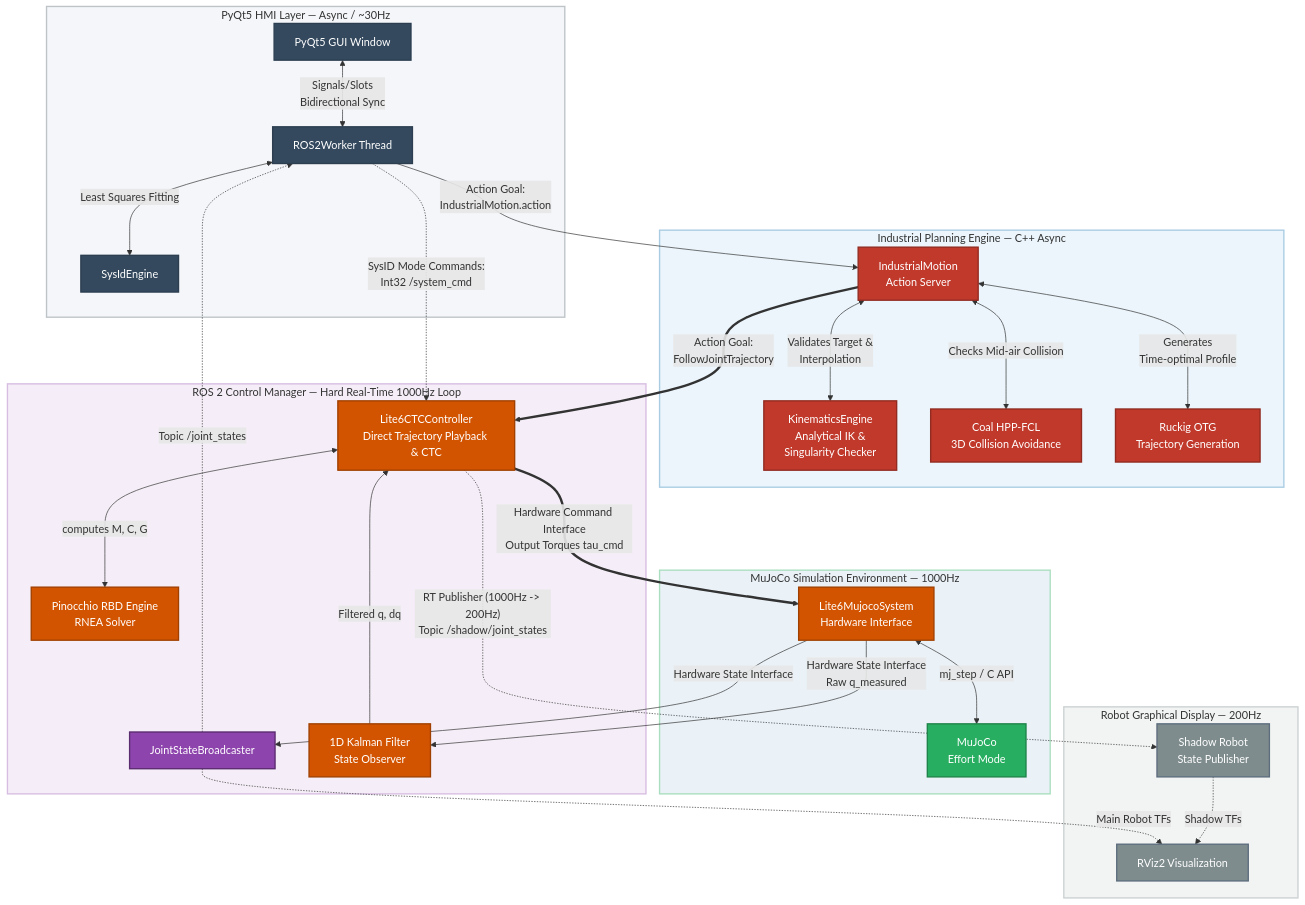
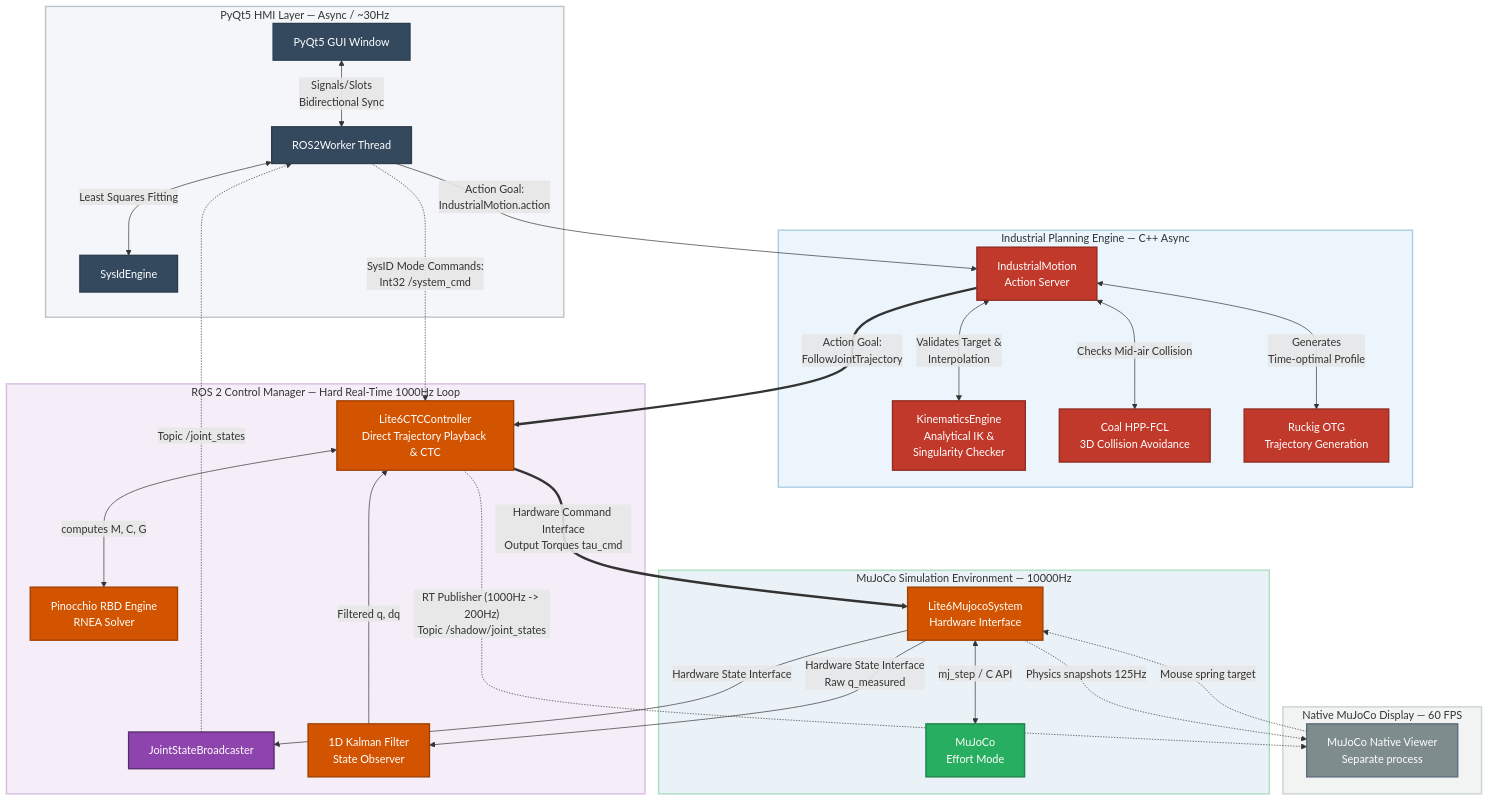
Before and after one commit to Tianyi-Wang-1206/Six-Axis-Robot-Trajectory-Planning-Dynamic-Control-and-Compliance-Control-Based-on-ROS-2-and-MuJoCo: the first of 2 diagrams in README.md, drawn with Mermaid. The commit also changed other lines of this file and 12 other files, not shown here.

````diff
--- a/README.md
+++ b/README.md
@@ -40,80 +40,79 @@
 ```mermaid
 graph TB
     %% Style Definitions
     classDef PyQt fill:#34495e,stroke:#2c3e50,stroke-width:2px,color:#fff;
     classDef Planner fill:#c0392b,stroke:#922b21,stroke-width:2px,color:#fff;
     classDef R2C fill:#8e44ad,stroke:#5b2c6f,stroke-width:2px,color:#fff;
     classDef Custom fill:#d35400,stroke:#a04000,stroke-width:2px,color:#fff;
     classDef Physics fill:#27ae60,stroke:#1e8449,stroke-width:2px,color:#fff;
     classDef Util fill:#7f8c8d,stroke:#5d6d7e,stroke-width:2px,color:#fff;
 
     %% Subgraph: PyQt5 HMI Layer (Asynchronous / Non-Real-Time)
     subgraph Sub_GUI [PyQt5 HMI Layer — Async / ~30Hz]
         UI[PyQt5 GUI Window]:::PyQt
         Worker[ROS2Worker Thread]:::PyQt
         SysID[SysIdEngine]:::PyQt
         UI <-->|Signals/Slots<br/>Bidirectional Sync| Worker
         Worker <-->|Least Squares Fitting| SysID
     end
 
     %% Subgraph: Custom Industrial Planning Engine
     subgraph Sub_Planner [Industrial Planning Engine — C++ Async]
         Action[IndustrialMotion<br/>Action Server]:::Planner
         KinEngine[KinematicsEngine<br/>Analytical IK &<br/>Singularity Checker]:::Planner
         Coal[Coal HPP-FCL<br/>3D Collision Avoidance]:::Planner
         Ruckig[Ruckig OTG<br/>Trajectory Generation]:::Planner
         
         Action <-->|Validates Target &<br/>Interpolation| KinEngine
         Action <-->|Checks Mid-air Collision| Coal
         Action <-->|Generates<br/>Time-optimal Profile| Ruckig
     end
 
     %% Subgraph: Hard Real-Time ROS 2 Control Loop (1000Hz)
     subgraph Sub_R2C [ROS 2 Control Manager — Hard Real-Time 1000Hz Loop]
         CTC[Lite6CTCController<br/>Direct Trajectory Playback & CTC]:::Custom
         JSB[JointStateBroadcaster]:::R2C
         KF[1D Kalman Filter<br/>State Observer]:::Custom
         Pinocchio[Pinocchio RBD Engine<br/>RNEA Solver]:::Custom
         
         CTC <-->|computes M, C, G| Pinocchio
         KF -->|Filtered q, dq| CTC
     end
 
     %% Subgraph: MuJoCo Simulation Environment (1000Hz)
-    subgraph Sub_MuJoCo [MuJoCo Simulation Environment — 1000Hz]
+    subgraph Sub_MuJoCo [MuJoCo Simulation Environment — 10000Hz]
         HW[Lite6MujocoSystem<br/>Hardware Interface]:::Custom
         Engine[MuJoCo<br/>Effort Mode]:::Physics
         HW <-->|mj_step / C API| Engine
     end
 
     %% Subgraph: Shadow Robot Twin (Visualization Helper)
-    subgraph Sub_Display [Robot Graphical Display — 200Hz]
-        ShadowRSP[Shadow Robot<br/>State Publisher]:::Util
-        RViz[RViz2 Visualization]:::Util
+    subgraph Sub_Display [Native MuJoCo Display — 60 FPS]
+        Viewer[MuJoCo Native Viewer<br/>Separate process]:::Util
     end
 
     %% System Connections (Data Flow)
     Worker -->|Action Goal:<br/>IndustrialMotion.action| Action
     Action ==>|Action Goal:<br/>FollowJointTrajectory| CTC
     
     %% CTC Inputs & Outputs
     HW -->|Hardware State Interface<br/>Raw q_measured| KF
     HW -->|Hardware State Interface| JSB
     CTC ==>|Hardware Command Interface<br/>Output Torques tau_cmd| HW
     
     %% GUI State Feedback & SysID
     JSB -.->|Topic /joint_states| Worker
     Worker -.->|SysID Mode Commands:<br/>Int32 /system_cmd| CTC
     
     %% Shadow Robot Flow (Direct from CTC)
-    CTC -.->|"RT Publisher (1000Hz -> 200Hz)"<br/>Topic /shadow/joint_states| ShadowRSP
-    ShadowRSP -.->|Shadow TFs| RViz
-    JSB -.->|Main Robot TFs| RViz
+    CTC -.->|"RT Publisher (1000Hz -> 200Hz)"<br/>Topic /shadow/joint_states| Viewer
+    HW -.->|Physics snapshots 125Hz| Viewer
+    Viewer -.->|Mouse spring target| HW
 
     %% Frequencies & Details annotations
     style Sub_GUI fill:#f4f6f9,stroke:#bdc3c7,stroke-width:2px;
     style Sub_Planner fill:#ebf5fb,stroke:#a9cce3,stroke-width:2px;
     style Sub_R2C fill:#f5eef8,stroke:#d7bde2,stroke-width:2px;
     style Sub_MuJoCo fill:#eaf2f8,stroke:#a9dfbf,stroke-width:2px;
     style Sub_Display fill:#f2f4f4,stroke:#ccd1d1,stroke-width:2px;
 ```
````
